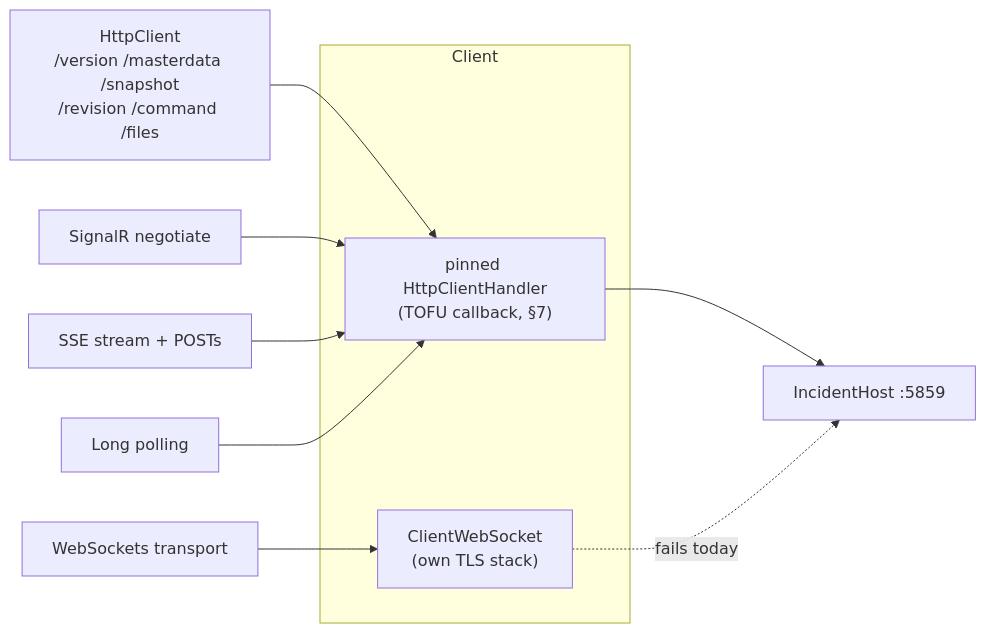
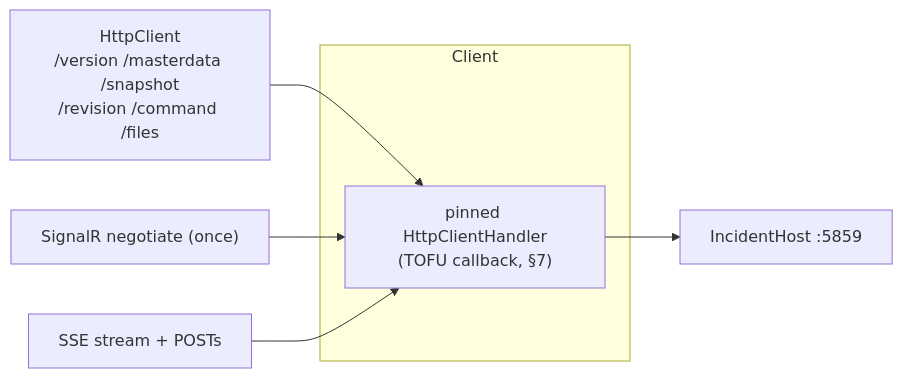
Before and after one commit to CodeForFire/lagebuch: the tenth of 11 diagrams in docs/sync-architecture.md, drawn with Mermaid. The commit also changed other lines of this file and 4 other files, not shown here.

````diff
--- a/docs/sync-architecture.md
+++ b/docs/sync-architecture.md
@@ -643,16 +619,12 @@
 ```mermaid
 flowchart LR
     subgraph client["Client"]
         Handler["pinned HttpClientHandler<br/>(TOFU callback, §7)"]
-        WS["ClientWebSocket<br/>(own TLS stack)"]
     end
     H["IncidentHost :5859"]
 
     Http["HttpClient<br/>/version /masterdata /snapshot<br/>/revision /command /files"] --> Handler
-    Neg["SignalR negotiate"] --> Handler
+    Neg["SignalR negotiate (once)"] --> Handler
     SSE["SSE stream + POSTs"] --> Handler
-    LP["Long polling"] --> Handler
     Handler --> H
-    WSt["WebSockets transport"] --> WS
-    WS -. fails today .-> H
 ```
````
